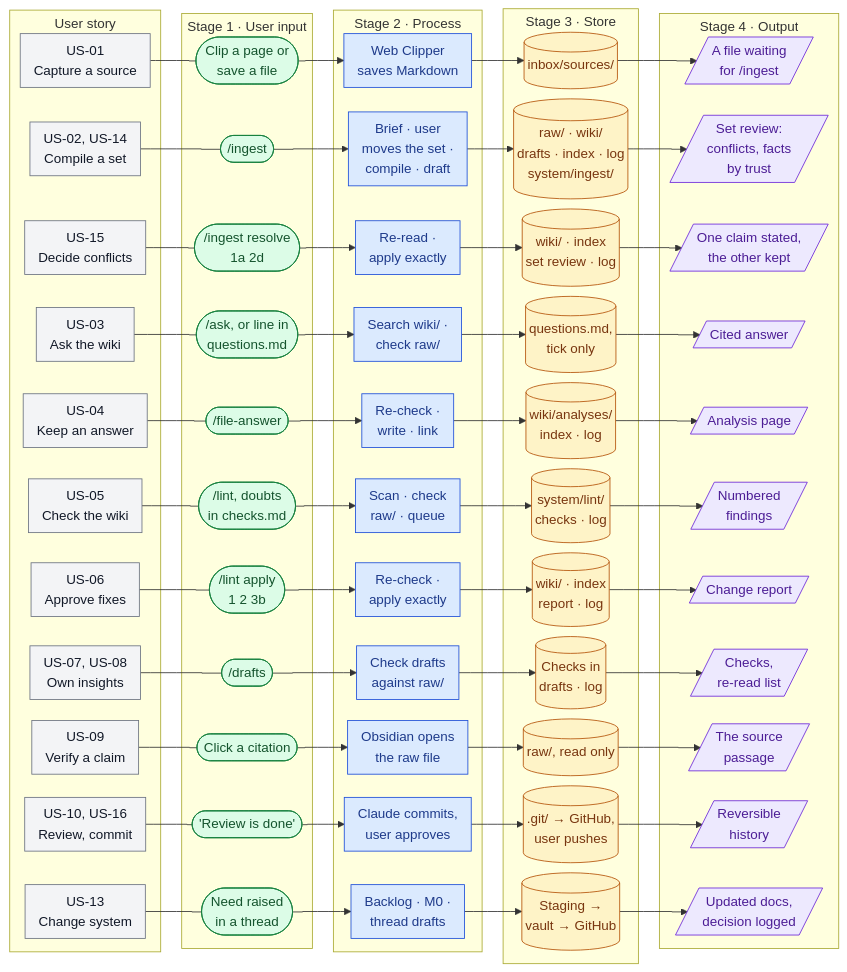
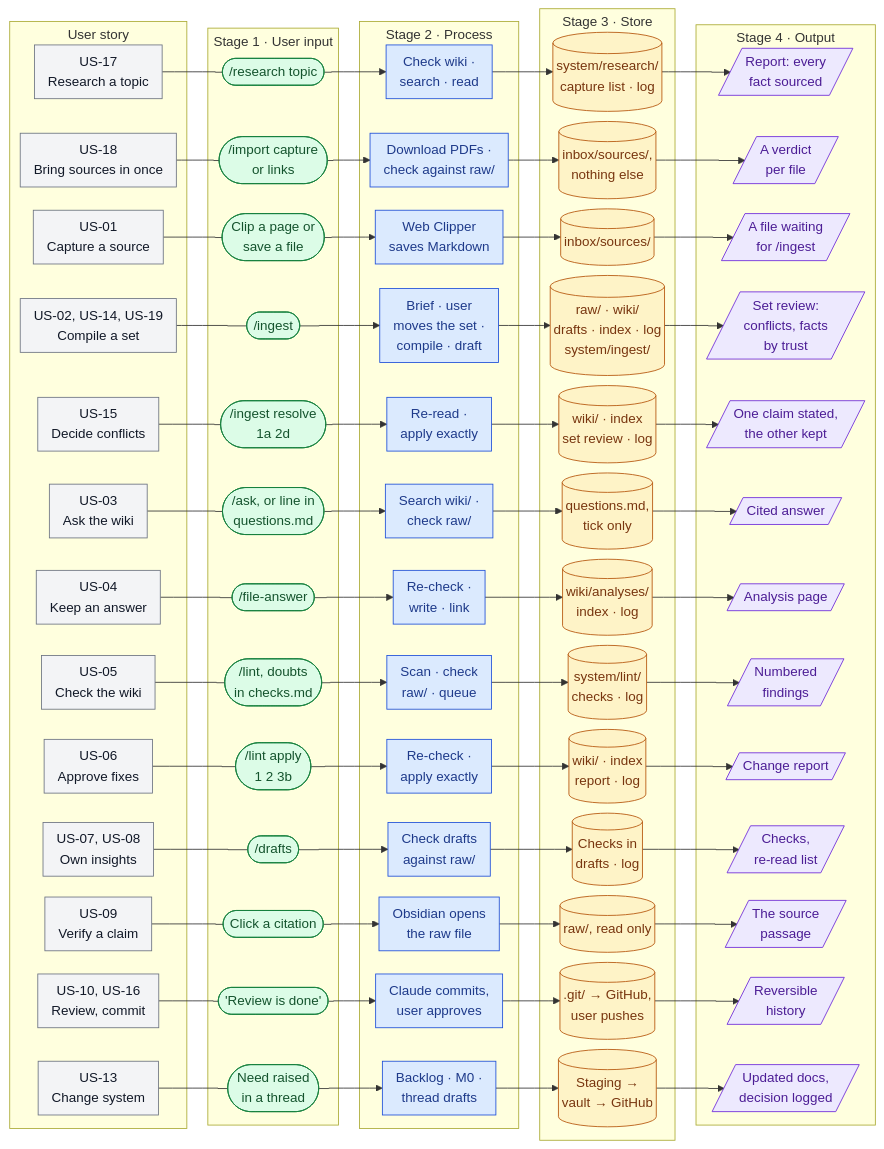
One commit to quocnguyen13/second-brain changed the second of 20 diagrams in mine/projects/thinking-system/20 Product Requirements.md. Above: the diagram before and after it, drawn with Mermaid. The commit also changed other lines of this file and 8 other files, not shown here.

````diff
--- a/mine/projects/thinking-system/20 Product Requirements.md
+++ b/mine/projects/thinking-system/20 Product Requirements.md
@@ -166,8 +174,10 @@
 %%{init: {"flowchart": {"curve": "step", "useMaxWidth": true, "nodeSpacing": 12, "rankSpacing": 25, "padding": 8, "subGraphTitleMargin": {"top": 4, "bottom": 8}}}}%%
 flowchart LR
     subgraph C0["User story"]
+        S12["US-17<br/>Research a topic"]
+        S13["US-18<br/>Bring sources in once"]
         S1["US-01<br/>Capture a source"]
-        S2["US-02, US-14<br/>Compile a set"]
+        S2["US-02, US-14, US-19<br/>Compile a set"]
         S11["US-15<br/>Decide conflicts"]
         S3["US-03<br/>Ask the wiki"]
         S4["US-04<br/>Keep an answer"]
@@ -179,6 +189,8 @@
         S10["US-13<br/>Change system"]
     end
     subgraph C1["Stage 1 · User input"]
+        I12(["/research topic"])
+        I13(["/import capture<br/>or links"])
         I1(["Clip a page or<br/>save a file"])
         I2(["/ingest"])
         I11(["/ingest resolve<br/>1a 2d"])
@@ -192,6 +204,8 @@
         I10(["Need raised<br/>in a thread"])
     end
     subgraph C2["Stage 2 · Process"]
+        P12["Check wiki ·<br/>search · read"]
+        P13["Download PDFs ·<br/>check against raw/"]
         P1["Web Clipper<br/>saves Markdown"]
         P2["Brief · user<br/>moves the set ·<br/>compile · draft"]
         P11["Re-read ·<br/>apply exactly"]
@@ -205,6 +219,8 @@
         P10["Backlog · M0 ·<br/>thread drafts"]
     end
     subgraph C3["Stage 3 · Store"]
+        D12[("system/research/<br/>capture list · log")]
+        D13[("inbox/sources/,<br/>nothing else")]
         D1[("inbox/sources/")]
         D2[("raw/ · wiki/<br/>drafts · index · log<br/>system/ingest/")]
         D11[("wiki/ · index<br/>set review · log")]
@@ -218,6 +234,8 @@
         D10[("Staging →<br/>vault → GitHub")]
     end
     subgraph C4["Stage 4 · Output"]
+        O12[/"Report: every<br/>fact sourced"/]
+        O13[/"A verdict<br/>per file"/]
         O1[/"A file waiting<br/>for /ingest"/]
         O2[/"Set review:<br/>conflicts, facts<br/>by trust"/]
         O11[/"One claim stated,<br/>the other kept"/]
@@ -230,6 +248,8 @@
         O9[/"Reversible<br/>history"/]
         O10[/"Updated docs,<br/>decision logged"/]
     end
+    S12 --- I12 --> P12 --> D12 --> O12
+    S13 --- I13 --> P13 --> D13 --> O13
     S1 --- I1 --> P1 --> D1 --> O1
     S2 --- I2 --> P2 --> D2 --> O2
     S11 --- I11 --> P11 --> D11 --> O11
@@ -246,9 +266,9 @@
     classDef proc fill:#dbeafe,stroke:#1d4ed8,color:#1e3a8a
     classDef sto fill:#fef3c7,stroke:#b45309,color:#78350f
     classDef out fill:#ede9fe,stroke:#6d28d9,color:#4c1d95
-    class S1,S2,S3,S4,S5,S6,S7,S8,S9,S10,S11 story
-    class I1,I2,I3,I4,I5,I6,I7,I8,I9,I10,I11 inp
-    class P1,P2,P3,P4,P5,P6,P7,P8,P9,P10,P11 proc
-    class D1,D2,D3,D4,D5,D6,D7,D8,D9,D10,D11 sto
-    class O1,O2,O3,O4,O5,O6,O7,O8,O9,O10,O11 out
+    class S1,S2,S3,S4,S5,S6,S7,S8,S9,S10,S11,S12,S13 story
+    class I1,I2,I3,I4,I5,I6,I7,I8,I9,I10,I11,I12,I13 inp
+    class P1,P2,P3,P4,P5,P6,P7,P8,P9,P10,P11,P12,P13 proc
+    class D1,D2,D3,D4,D5,D6,D7,D8,D9,D10,D11,D12,D13 sto
+    class O1,O2,O3,O4,O5,O6,O7,O8,O9,O10,O11,O12,O13 out
 ```
````
